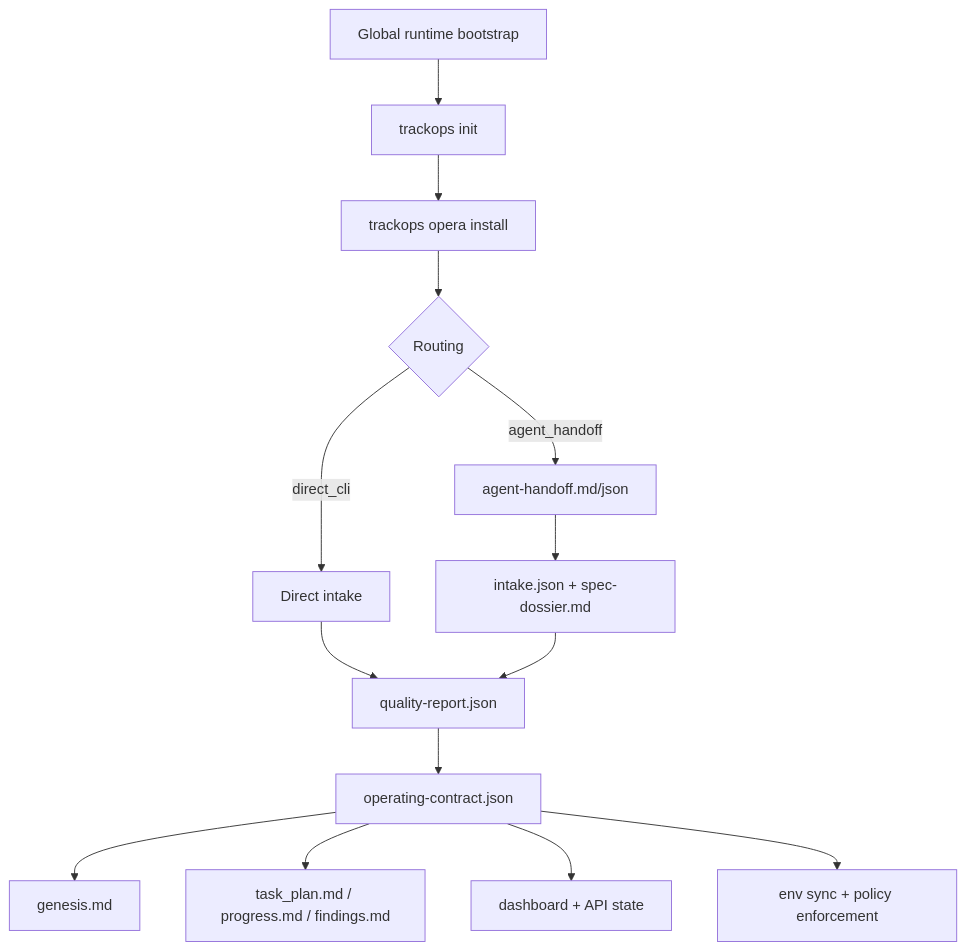
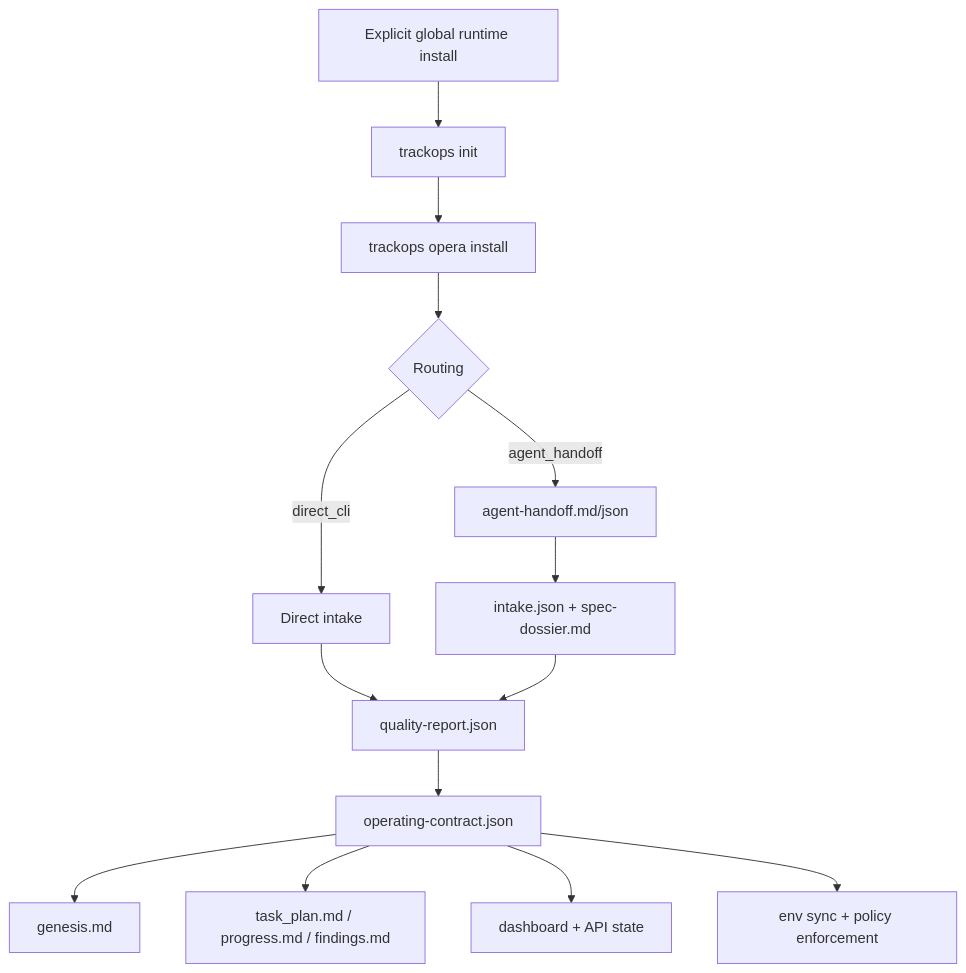
One commit to Baxahaun/trackops changed the diagram in templates/opera/architecture/dependency-graph.md. Above: the diagram before and after it, drawn with Mermaid. The commit also changed 23 other files, not shown here.

````diff
--- a/templates/opera/architecture/dependency-graph.md
+++ b/templates/opera/architecture/dependency-graph.md
@@ -3,16 +3,16 @@
 ```mermaid
 flowchart TD
-    A[Global runtime bootstrap] --> B[trackops init]
+    A[Explicit global runtime install] --> B[trackops init]
     B --> C[trackops opera install]
     C --> D{Routing}
     D -->|direct_cli| E[Direct intake]
     D -->|agent_handoff| F[agent-handoff.md/json]
     F --> G[intake.json + spec-dossier.md]
     E --> H[quality-report.json]
     G --> H
     H --> I[operating-contract.json]
     I --> J[genesis.md]
     I --> K[task_plan.md / progress.md / findings.md]
     I --> L[dashboard + API state]
     I --> M[env sync + policy enforcement]
 ```
````
